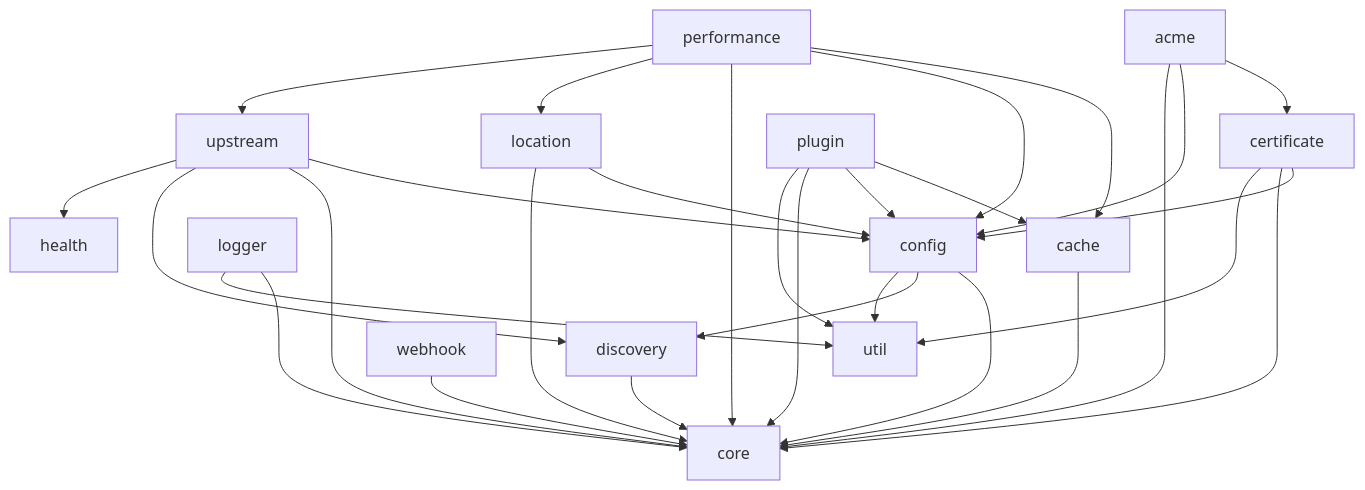
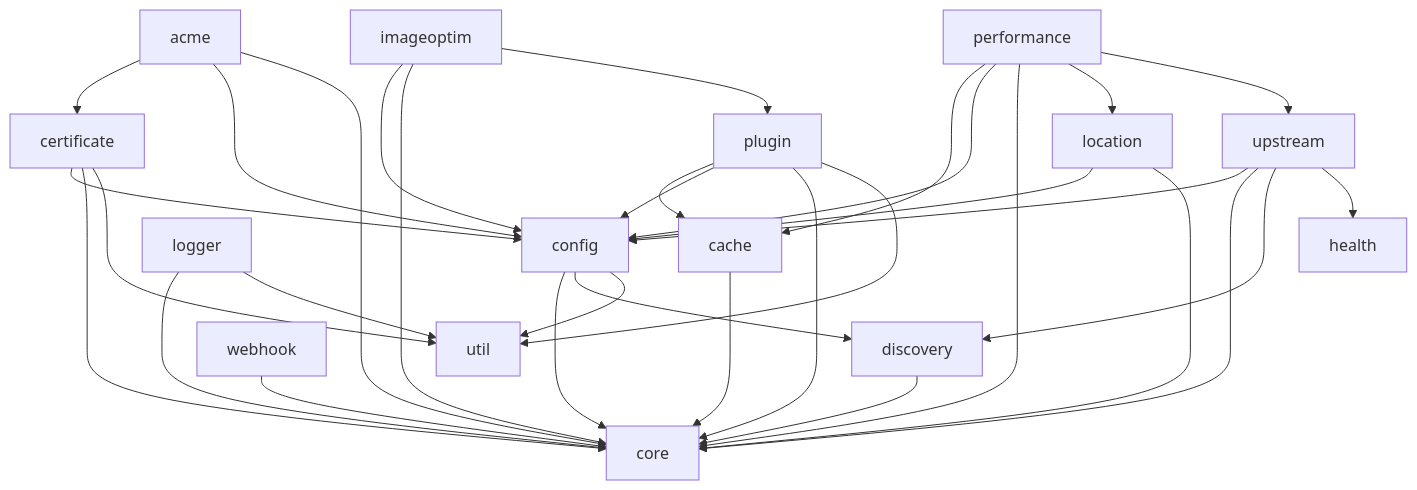
One commit to vicanso/pingap changed the diagram in docs/modules.md. Above: the diagram before and after it, drawn with Mermaid. The commit also changed 15 other files, not shown here.

````diff
--- a/docs/modules.md
+++ b/docs/modules.md
@@ -21,42 +21,46 @@
 ```mermaid
 graph TD
     acme --> certificate
     acme --> config
     acme --> core
 
     cache --> core
 
     certificate --> config
     certificate --> core
     certificate --> util
 
     config --> core
     config --> discovery
     config --> util
 
     discovery --> core
+
+    imageoptim --> config
+    imageoptim --> core
+    imageoptim --> plugin
 
     location --> config
     location --> core
 
     logger --> core
     logger --> util
 
     performance --> cache
     performance --> config
     performance --> core
     performance --> location
     performance --> upstream
 
     plugin --> cache
     plugin --> config
     plugin --> core
     plugin --> util
 
     upstream --> config
     upstream --> core
     upstream --> discovery
     upstream --> health
 
     webhook --> core
 ```
````
